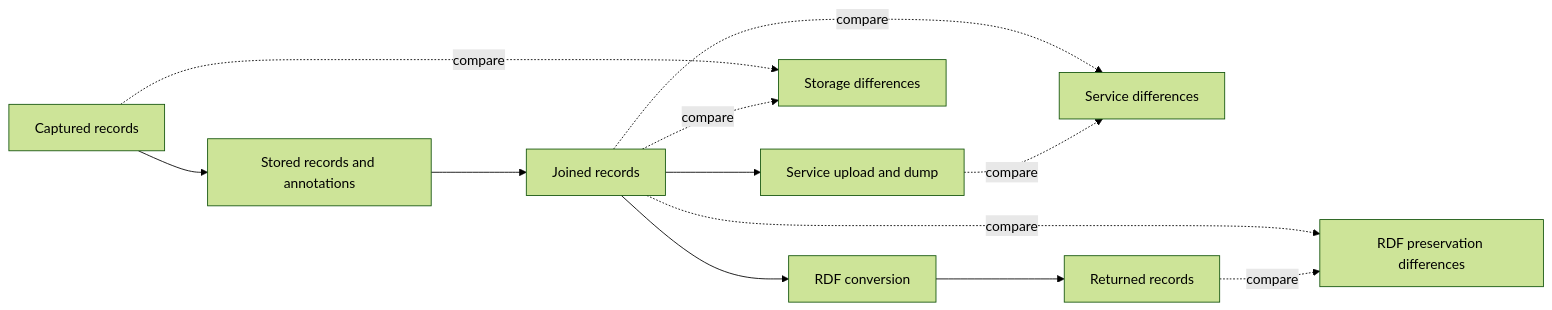
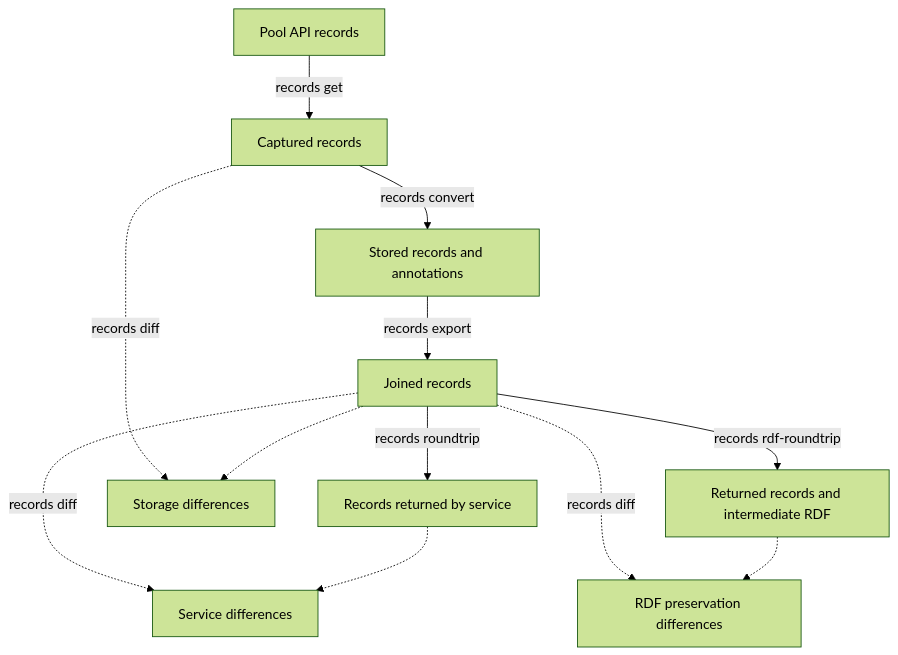
Before and after one commit to ORINOCO-Lite/orinoco-lite-dev: the first of 3 diagrams in packages/diff-review-application/README.md, drawn with Mermaid (forest theme). The commit also changed other lines of this file, not shown here.

Commit message:
docs: label data flow diagrams with CLI commands
Codex-Reasoning-Effort: low

````diff
--- a/packages/diff-review-application/README.md
+++ b/packages/diff-review-application/README.md
@@ -14,14 +15,14 @@
 ```mermaid
-flowchart LR
-  capture[Captured records] --> storage[Stored records and annotations]
-  storage --> joined[Joined records]
-  joined --> service[Service upload and dump]
-  capture -. compare .-> storageReport[Storage differences]
-  joined -. compare .-> storageReport
-  joined -. compare .-> serviceReport[Service differences]
-  service -. compare .-> serviceReport
-  joined --> rdf[RDF conversion]
-  rdf --> returned[Returned records]
-  joined -. compare .-> rdfReport[RDF preservation differences]
-  returned -. compare .-> rdfReport
+flowchart TD
+  pool[Pool API records] -->|records get| capture[Captured records]
+  capture -->|records convert| storage[Stored records and annotations]
+  storage -->|records export| joined[Joined records]
+  joined -->|records roundtrip| service[Records returned by service]
+  capture -. records diff .-> storageReport[Storage differences]
+  joined -.-> storageReport
+  joined -. records diff .-> serviceReport[Service differences]
+  service -.-> serviceReport
+  joined -->|records rdf-roundtrip| returned[Returned records and intermediate RDF]
+  joined -. records diff .-> rdfReport[RDF preservation differences]
+  returned -.-> rdfReport
 ```
````
